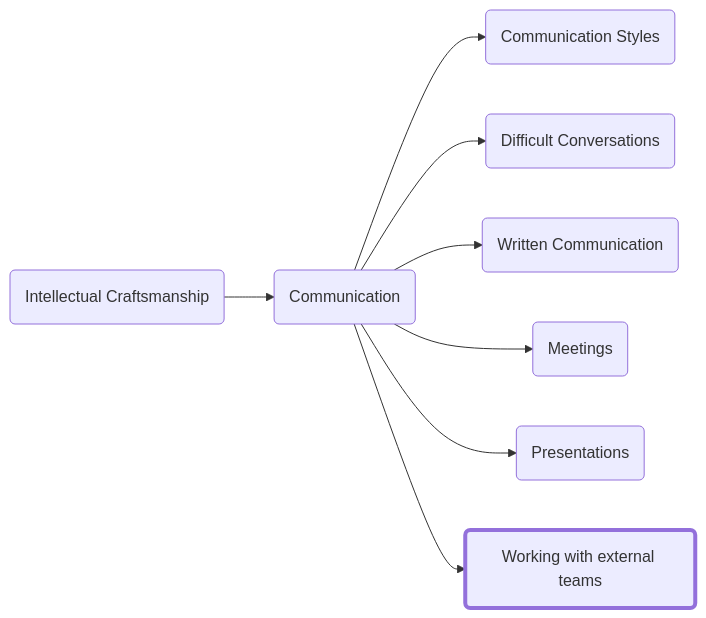
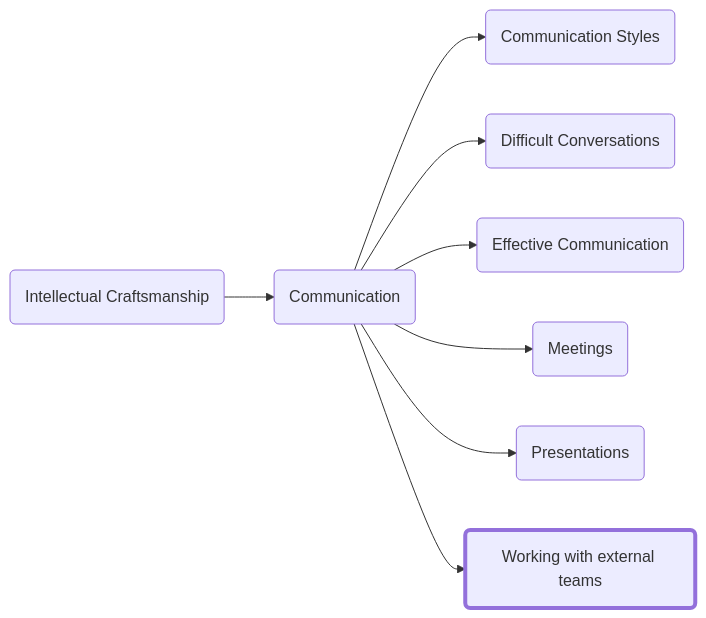
The diagram in _posts/2023-01-05-externalteams.md (forrestpitz/forrestpitz.github.io), drawn with Mermaid before and after one commit. The commit also changed 12 other files, not shown here.

Commit message:
updating disc page and turning communication in writing to effective communication since most of the guidance is not limited to writing alone

````diff
--- a/_posts/2023-01-05-externalteams.md
+++ b/_posts/2023-01-05-externalteams.md
@@ -77,20 +77,20 @@
 ```mermaid
 graph LR;
   A(Intellectual Craftsmanship)-->B(Communication)
   B(Communication)-->C(Communication Styles)
   B-->D(Difficult Conversations)
-  B-->E(Written Communication)
+  B-->E(Effective Communication)
   B-->F(Meetings)
   B-->G(Presentations)
   B-->H(Working with external teams)
 
   style H stroke-width:4px
 
   click A "{% post_url 2023-01-05-intro %}"
   click B "{% post_url 2023-01-05-communication %}"
   click C "{% post_url 2023-01-05-communicationstyles %}"
   click D "{% post_url 2023-01-05-difficultconversations %}"
-  click E "{% post_url 2023-01-05-writtencommunication %}"
+  click E "{% post_url 2023-01-05-effective-communication %}"
   click F "{% post_url 2023-01-05-meetings %}"
   click G "{% post_url 2023-01-05-presentations %}"
 ```
````
